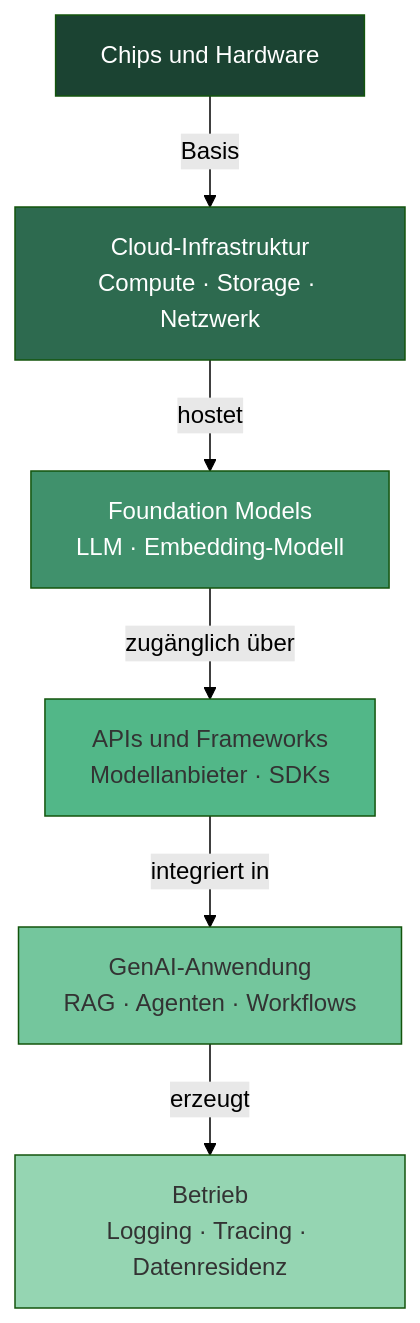
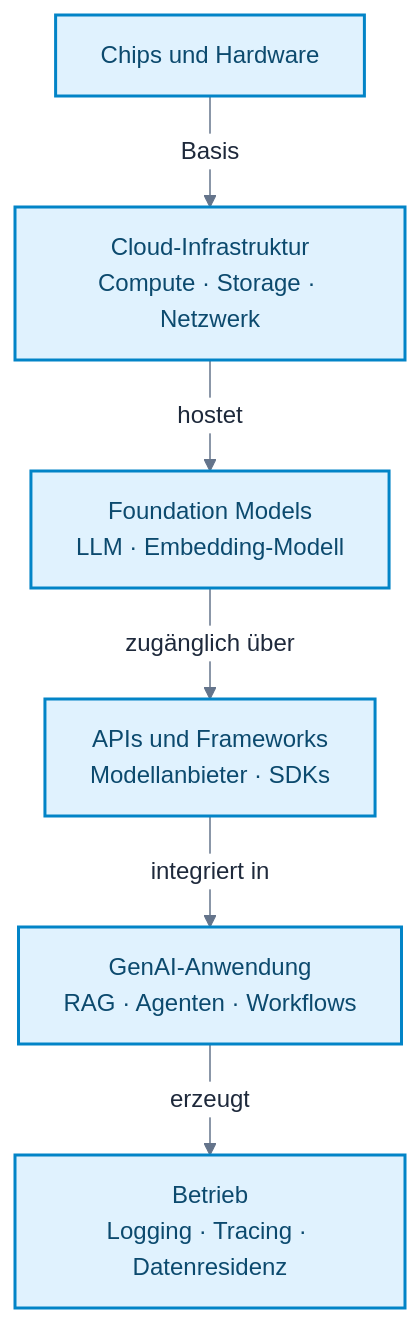
The first of 2 diagrams in docs/12-regulatorik-verantwortung/digitale-souveraenitaet.md (ralf-42/GenAI), drawn with Mermaid before and after one commit. The commit also changed other lines of this file and 25 other files, not shown here.

````diff
--- a/docs/12-regulatorik-verantwortung/digitale-souveraenitaet.md
+++ b/docs/12-regulatorik-verantwortung/digitale-souveraenitaet.md
@@ -34,23 +34,35 @@
 ```mermaid
-%%{init: {'theme':'forest'}}%%
+---
+config:
+  theme: base
+  look: classic
+  themeVariables:
+    primaryColor: '#e0f2fe'
+    primaryBorderColor: '#0284c7'
+    primaryTextColor: '#1e293b'
+    lineColor: '#64748b'
+    clusterBkg: '#f8fafc'
+    clusterBorder: '#cbd5e1'
+    noteBkgColor: '#fef3c7'
+    noteBorderColor: '#d97706'
+    noteTextColor: '#78350f'
+    edgeLabelBackground: '#ffffff'
+---
+
 graph TD
     HW["Chips und Hardware"]
     DC["Cloud-Infrastruktur<br/>Compute · Storage · Netzwerk"]
     MOD["Foundation Models<br/>LLM · Embedding-Modell"]
     INT["APIs und Frameworks<br/>Modellanbieter · SDKs"]
     APP["GenAI-Anwendung<br/>RAG · Agenten · Workflows"]
     OPS["Betrieb<br/>Logging · Tracing · Datenresidenz"]
 
     HW -->|"Basis"| DC
     DC -->|"hostet"| MOD
     MOD -->|"zugänglich über"| INT
     INT -->|"integriert in"| APP
     APP -->|"erzeugt"| OPS
 
-    style HW fill:#1b4332,color:#ffffff
-    style DC fill:#2d6a4f,color:#ffffff
-    style MOD fill:#40916c,color:#ffffff
-    style INT fill:#52b788,color:#333333
-    style APP fill:#74c69d,color:#333333
-    style OPS fill:#95d5b2,color:#333333
+%% Funktionsfarben nach Mermaid_Best_Practices.md
+classDef default fill:#e0f2fe,stroke:#0284c7,stroke-width:2px,color:#0c4a6e;
 ```
````
